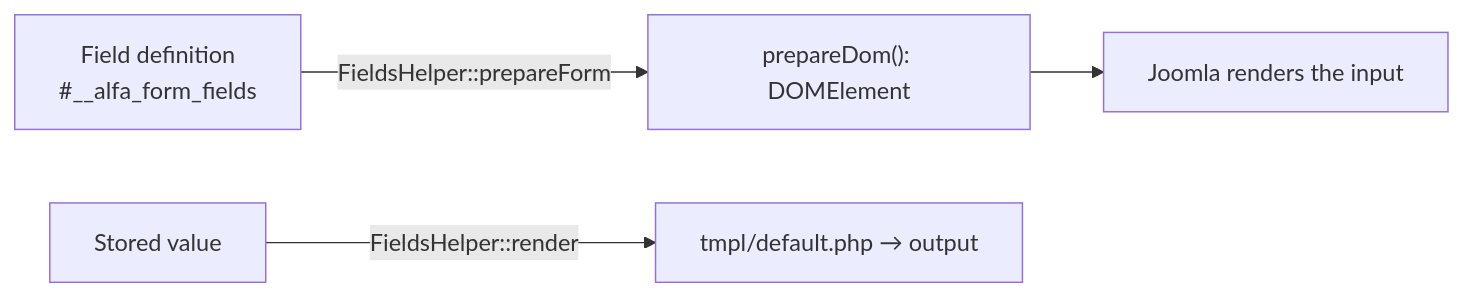
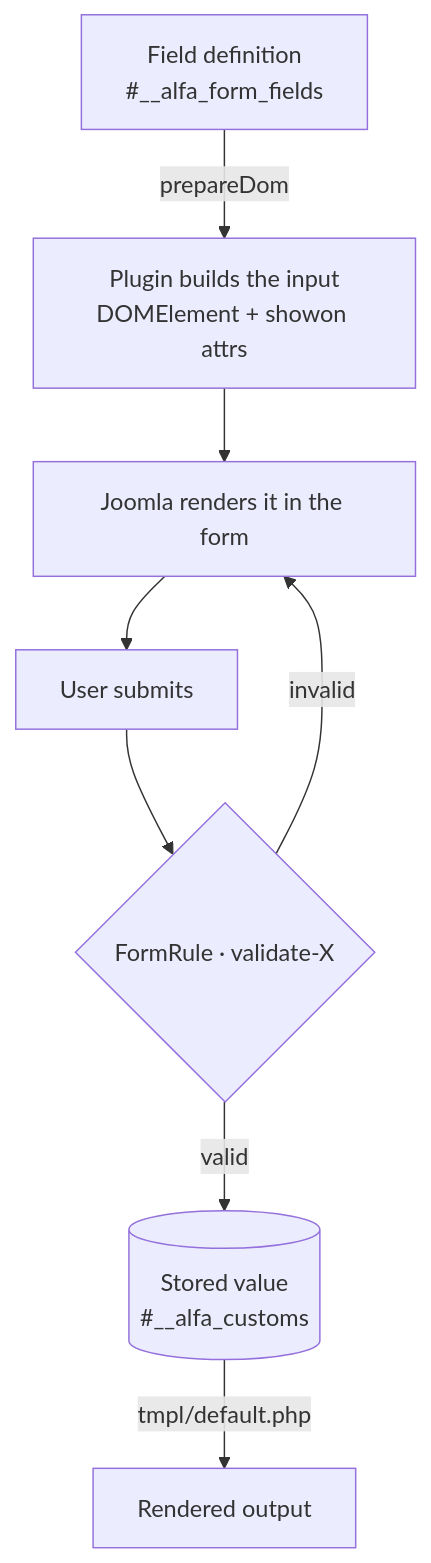
The diagram in docs/plugins/custom-field-plugins.md (Easylogic-CO-LP/Alfa-Commerce-Manual), drawn with Mermaid before and after one commit. The commit also changed other lines of this file, not shown here.

Commit message:
Manual: give Form Field plugins a proper Lifecycle diagram
Add a '## Lifecycle' heading + full end-to-end flowchart (define → prepareDom builds input → render → submit →
FormRule validate → store in #__alfa_customs → output), matching the payment/shipment lifecycle visuals.
Media already has its Pipeline flowchart.

````diff
--- a/docs/plugins/custom-field-plugins.md
+++ b/docs/plugins/custom-field-plugins.md
@@ -15,6 +17,10 @@
 ```mermaid
-flowchart LR
-    A[Field definition<br/>#__alfa_form_fields] -->|FieldsHelper::prepareForm| B["prepareDom(): DOMElement"]
-    B --> C[Joomla renders the input]
-    D[Stored value] -->|FieldsHelper::render| E["tmpl/default.php → output"]
+flowchart TD
+    A[Field definition<br/>#__alfa_form_fields] -->|prepareDom| B[Plugin builds the input<br/>DOMElement + showon attrs]
+    B --> C[Joomla renders it in the form]
+    C --> D[User submits]
+    D --> E{FormRule · validate-X}
+    E -->|invalid| C
+    E -->|valid| F[(Stored value<br/>#__alfa_customs)]
+    F -->|tmpl/default.php| G[Rendered output]
 ```
````
